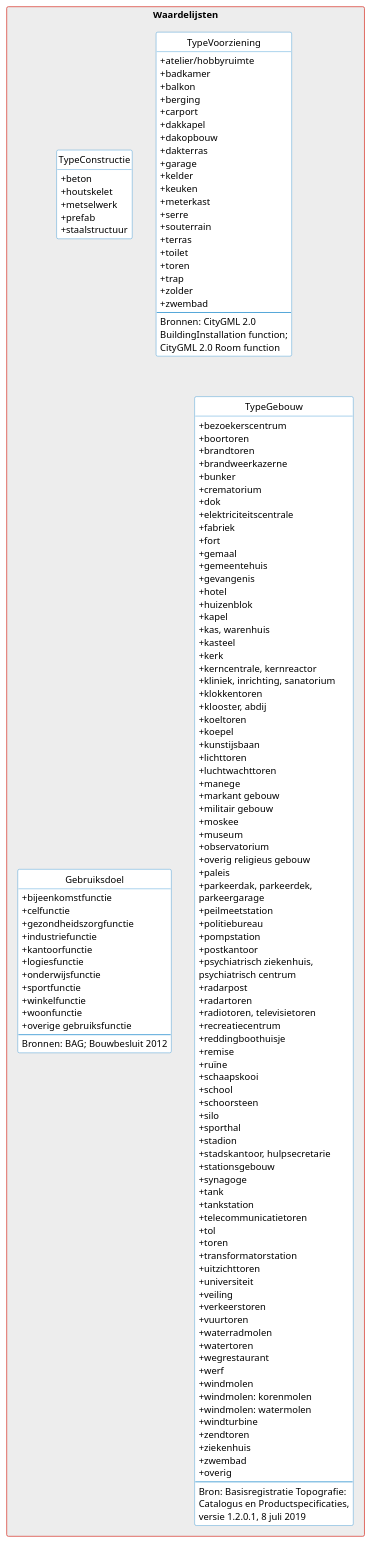
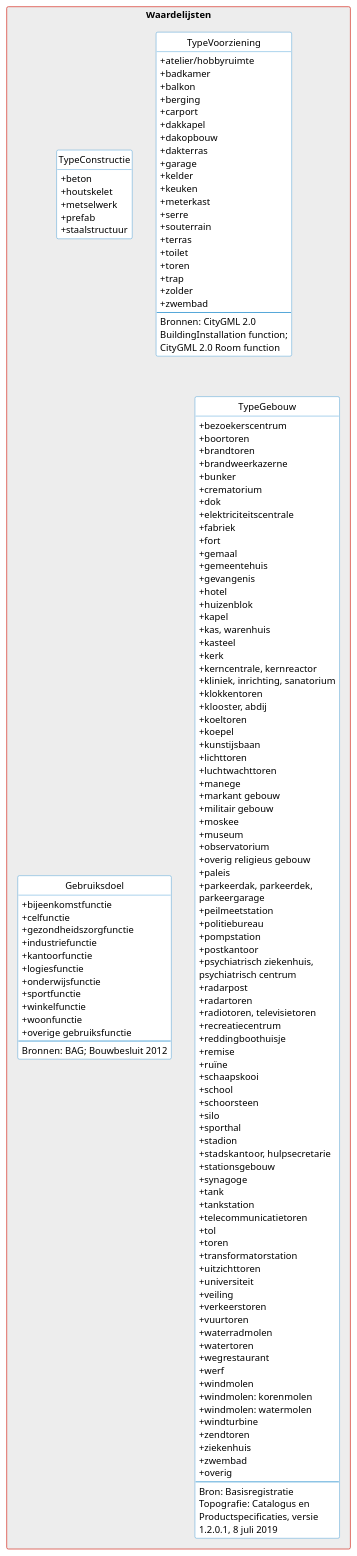
Before and after one commit to geobasisregistraties/werkgroep-bouwwerken: the diagram in model/waardelijsten.puml, drawn with PlantUML.

```diff
--- a/model/waardelijsten.puml
+++ b/model/waardelijsten.puml
@@ -29,7 +29,7 @@
 ' skinparam linetype polyline
 ' --------^-^-^-^-^-^-^-^--------
 
-skinparam WrapWidth 240
+skinparam WrapWidth 220
 
 skinparam Shadowing false
 
```
